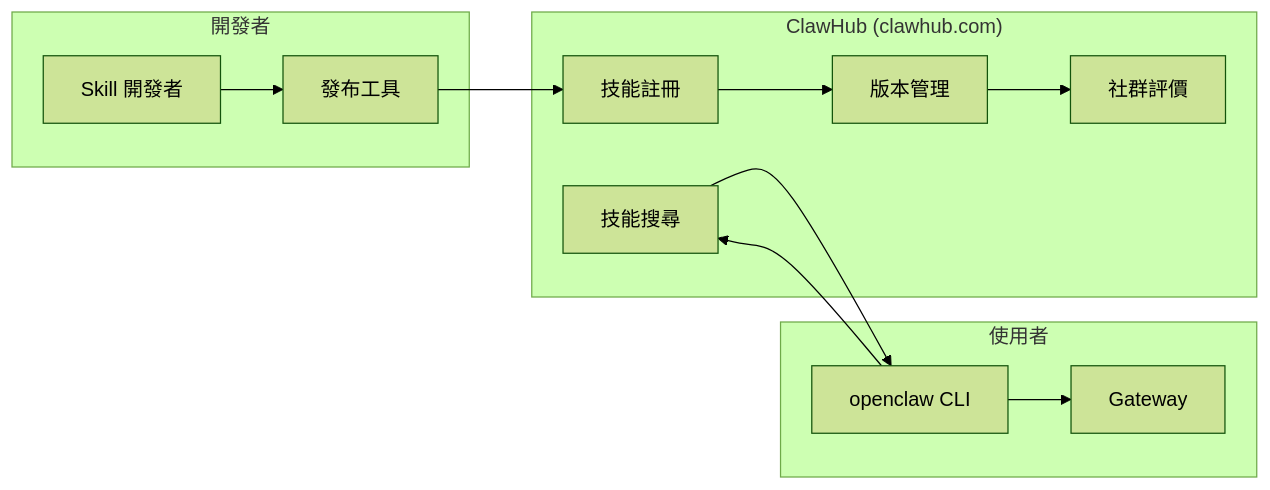
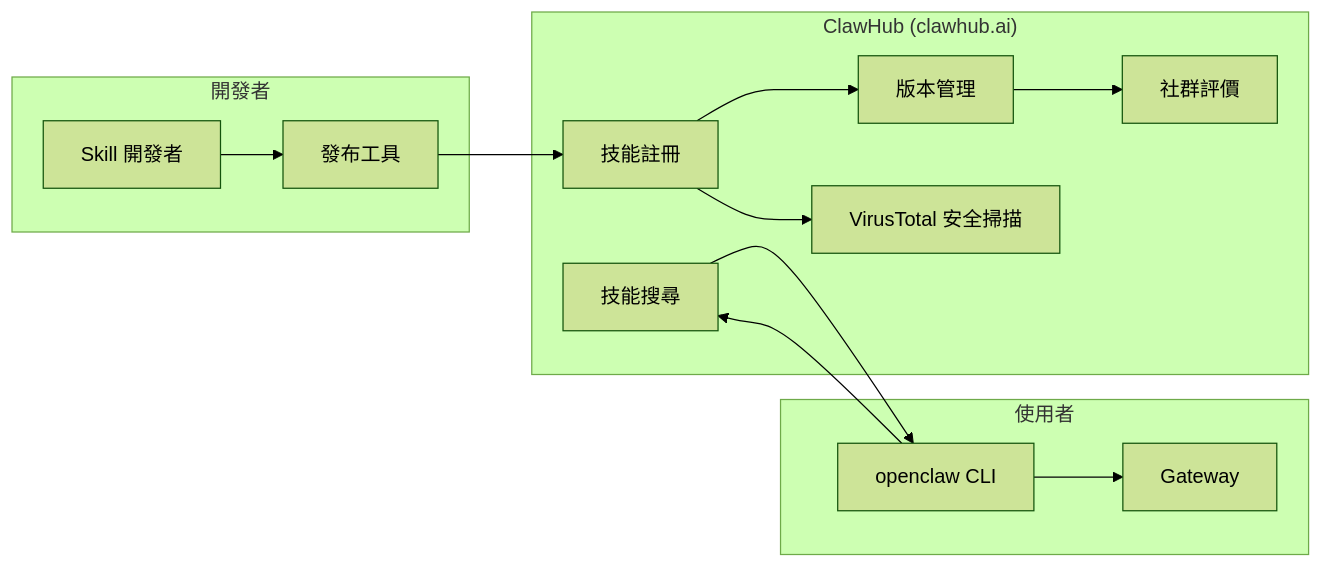
Before and after one commit to chihhung/Blog: diagram 16 of 51 in content/posts/教學/AI開發/OpenClaw生態系教學手冊.md, drawn with Mermaid (forest theme). The commit also changed other lines of this file, not shown here.

````diff
--- a/content/posts/教學/AI開發/OpenClaw生態系教學手冊.md
+++ b/content/posts/教學/AI開發/OpenClaw生態系教學手冊.md
@@ -1084,26 +1138,28 @@
 ```mermaid
 graph LR
     subgraph "開發者"
         DEV[Skill 開發者]
         PUB[發布工具]
     end
     
-    subgraph "ClawHub (clawhub.com)"
+    subgraph "ClawHub (clawhub.ai)"
         REG[技能註冊]
         SEARCH[技能搜尋]
         VER[版本管理]
         REV[社群評價]
+        VT[VirusTotal 安全掃描]
     end
     
     subgraph "使用者"
         CLI[openclaw CLI]
         GW[Gateway]
     end
     
     DEV --> PUB --> REG
     CLI --> SEARCH
     SEARCH --> CLI
     CLI --> GW
     REG --> VER
     VER --> REV
+    REG --> VT
 ```
````
